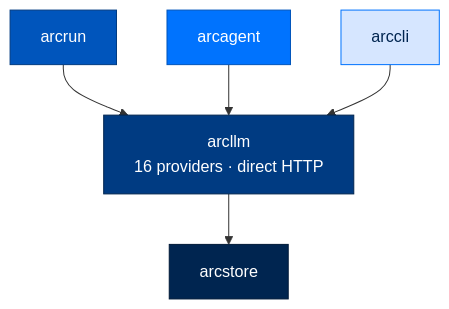
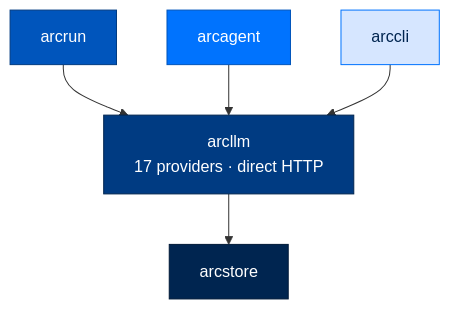
The diagram in packages/arcllm/README.md (joshuamschultz/Arc), drawn with Mermaid before and after one commit. The commit also changed other lines of this file and 27 other files, not shown here.

````diff
--- a/packages/arcllm/README.md
+++ b/packages/arcllm/README.md
@@ -33,13 +33,13 @@
 ```mermaid
 flowchart TB
     classDef llm fill:#003B82,stroke:#002550,color:#FFFFFF
     classDef found fill:#002550,stroke:#001A38,color:#FFFFFF
     classDef runtime fill:#0055BC,stroke:#003B82,color:#FFFFFF
     classDef agent fill:#0073FE,stroke:#0055BC,color:#FFFFFF
     classDef entry fill:#D6E6FF,stroke:#0073FE,color:#002550
 
     arcrun[arcrun]:::runtime --> arcllm
     arcagent[arcagent]:::agent --> arcllm
     arccli[arccli]:::entry --> arcllm
-    arcllm[arcllm<br/>16 providers · direct HTTP]:::llm --> arcstore[arcstore]:::found
+    arcllm[arcllm<br/>17 providers · direct HTTP]:::llm --> arcstore[arcstore]:::found
 ```
````
